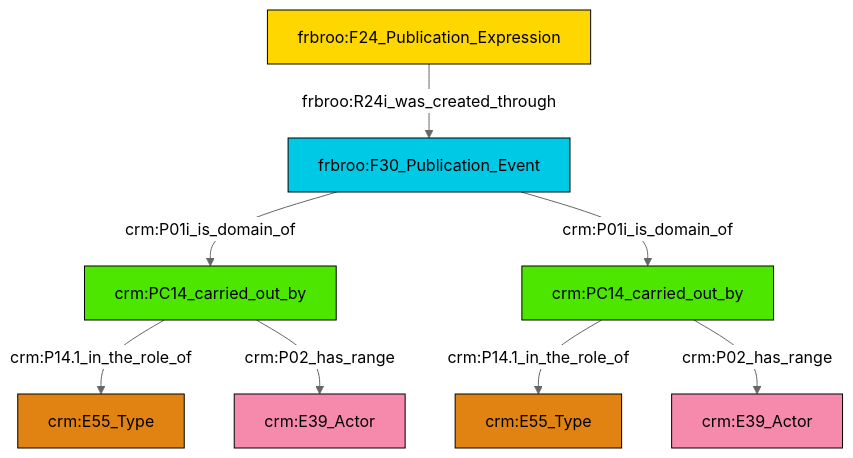
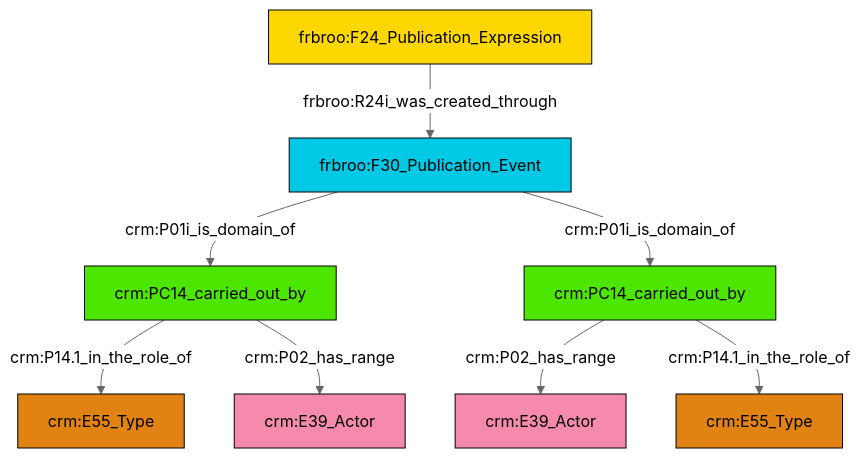
The diagram in et/biblioCSV/ttl/mmd/biblio_actor_relations.ttl.mmd (swiss-art-research-net/reference-data-models), drawn with Mermaid (neutral theme) before and after one commit. The commit also changed 129 other files, not shown here.

```diff
--- a/et/biblioCSV/ttl/mmd/biblio_actor_relations.ttl.mmd
+++ b/et/biblioCSV/ttl/mmd/biblio_actor_relations.ttl.mmd
@@ -1,22 +1,22 @@
 graph TD
 classDef Literal fill:#f2f2f2,stroke:#000000;
 classDef CRM_Entity fill:#FFFFFF,stroke:#000000;
 classDef Temporal_Entity fill:#00C9E6, stroke:#000000;
 classDef Type fill:#E18312, stroke:#000000;
 classDef Time-Span fill:#2C9C91, stroke:#000000;
 classDef Appellation fill:#FFEB7F, stroke:#000000;
 classDef Place fill:#008836, stroke:#000000;
 classDef Persistent_Item fill:#B266B2, stroke:#000000;
 classDef Conceptual_Object fill:#FFD700, stroke:#000000;
 classDef Physical_Thing fill:#D2B48C, stroke:#000000;
 classDef Actor fill:#f58aad, stroke:#000000;
 classDef PC_Classes fill:#4ce600, stroke:#000000;
 classDef Multi fill:#cccccc,stroke:#000000;
 
-2["frbroo:F30_Publication_Event"]:::Temporal_Entity -->|crm:P01i_is_domain_of| 3["crm:PC14_carried_out_by"]:::PC_Classes
-2["frbroo:F30_Publication_Event"]:::Temporal_Entity -->|crm:P01i_is_domain_of| 4["crm:PC14_carried_out_by"]:::PC_Classes
-4["crm:PC14_carried_out_by"]:::PC_Classes -->|crm:P14.1_in_the_role_of| 12["crm:E55_Type"]:::Type
-3["crm:PC14_carried_out_by"]:::PC_Classes -->|crm:P14.1_in_the_role_of| 9["crm:E55_Type"]:::Type
-4["crm:PC14_carried_out_by"]:::PC_Classes -->|crm:P02_has_range| 7["crm:E39_Actor"]:::Actor
-5["frbroo:F24_Publication_Expression"]:::Conceptual_Object -->|frbroo:R24i_was_created_through| 2["frbroo:F30_Publication_Event"]:::Temporal_Entity
-3["crm:PC14_carried_out_by"]:::PC_Classes -->|crm:P02_has_range| 0["crm:E39_Actor"]:::Actor
+2["crm:PC14_carried_out_by"]:::PC_Classes -->|crm:P14.1_in_the_role_of| 6["crm:E55_Type"]:::Type
+4["frbroo:F30_Publication_Event"]:::Temporal_Entity -->|crm:P01i_is_domain_of| 2["crm:PC14_carried_out_by"]:::PC_Classes
+4["frbroo:F30_Publication_Event"]:::Temporal_Entity -->|crm:P01i_is_domain_of| 10["crm:PC14_carried_out_by"]:::PC_Classes
+2["crm:PC14_carried_out_by"]:::PC_Classes -->|crm:P02_has_range| 8["crm:E39_Actor"]:::Actor
+10["crm:PC14_carried_out_by"]:::PC_Classes -->|crm:P02_has_range| 13["crm:E39_Actor"]:::Actor
+10["crm:PC14_carried_out_by"]:::PC_Classes -->|crm:P14.1_in_the_role_of| 15["crm:E55_Type"]:::Type
+0["frbroo:F24_Publication_Expression"]:::Conceptual_Object -->|frbroo:R24i_was_created_through| 4["frbroo:F30_Publication_Event"]:::Temporal_Entity
```
